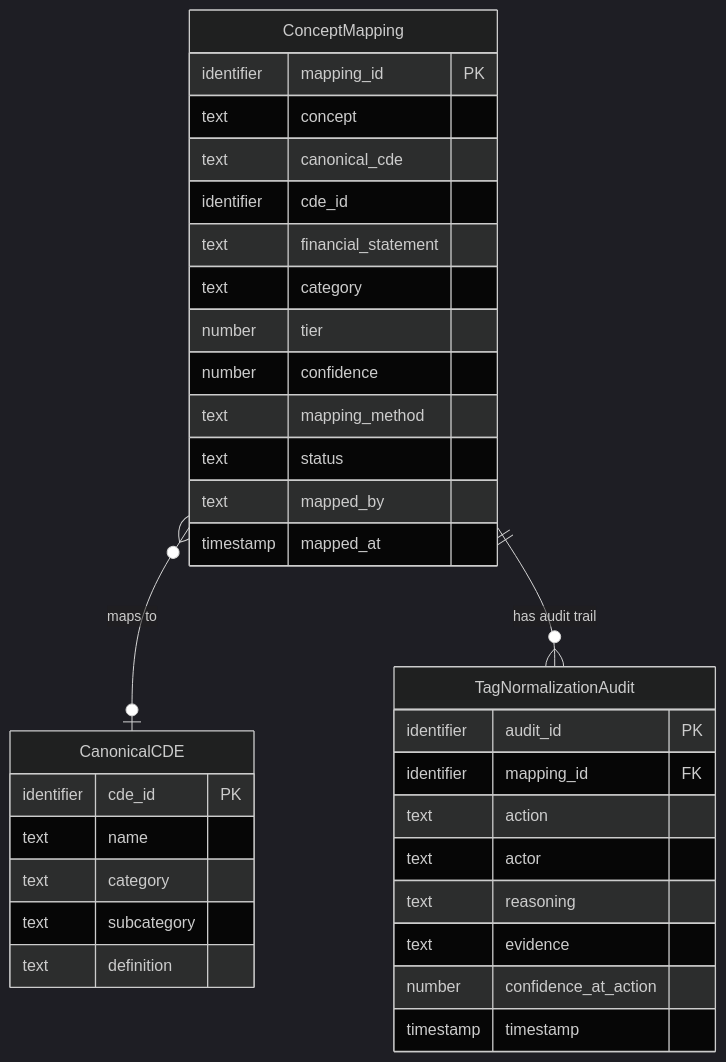
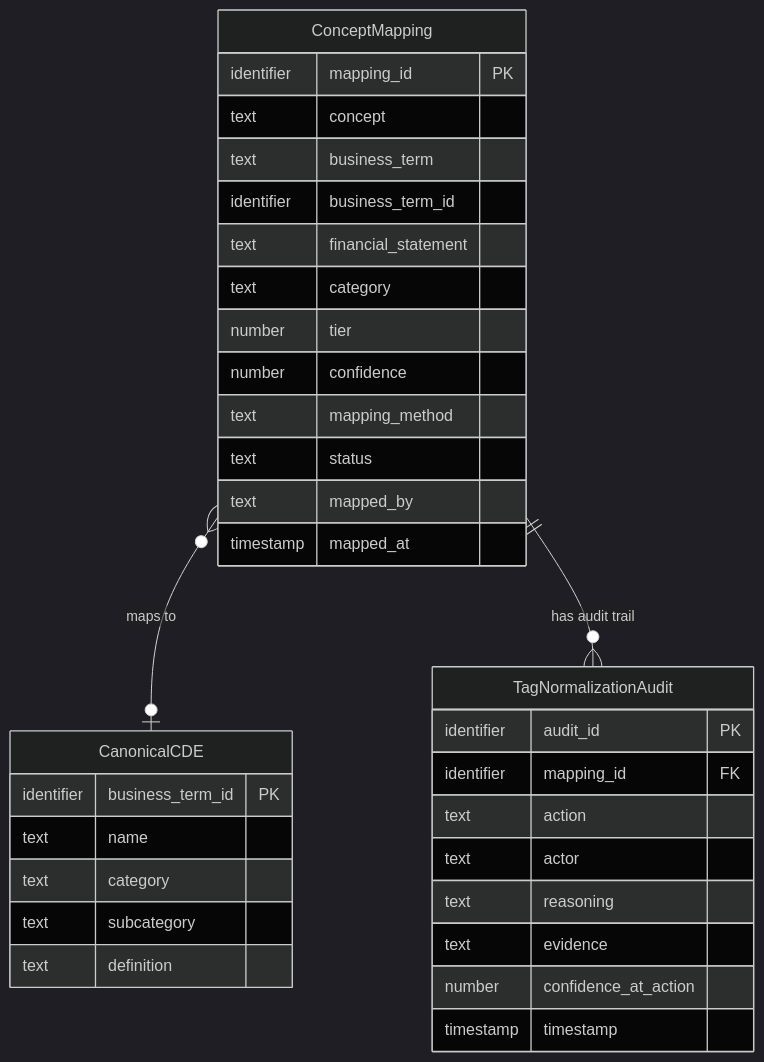
The diagram in governance/models/base-xbrl-tag-normalization-logical.md (jcernauske/sec-edgair), drawn with Mermaid (dark theme) before and after one commit. The commit also changed other lines of this file and 50 other files, not shown here.

First line of the commit message:
refactor(infra-governance-model-alignment): CDE → business term unification

````diff
--- a/governance/models/base-xbrl-tag-normalization-logical.md
+++ b/governance/models/base-xbrl-tag-normalization-logical.md
@@ -10,36 +10,36 @@
 ```mermaid
 erDiagram
     ConceptMapping {
         identifier mapping_id PK
         text concept
-        text canonical_cde
-        identifier cde_id
+        text business_term
+        identifier business_term_id
         text financial_statement
         text category
         number tier
         number confidence
         text mapping_method
         text status
         text mapped_by
         timestamp mapped_at
     }
     TagNormalizationAudit {
         identifier audit_id PK
         identifier mapping_id FK
         text action
         text actor
         text reasoning
         text evidence
         number confidence_at_action
         timestamp timestamp
     }
     CanonicalCDE {
-        identifier cde_id PK
+        identifier business_term_id PK
         text name
         text category
         text subcategory
         text definition
     }
     ConceptMapping }o--o| CanonicalCDE : "maps to"
     ConceptMapping ||--o{ TagNormalizationAudit : "has audit trail"
 ```
````
